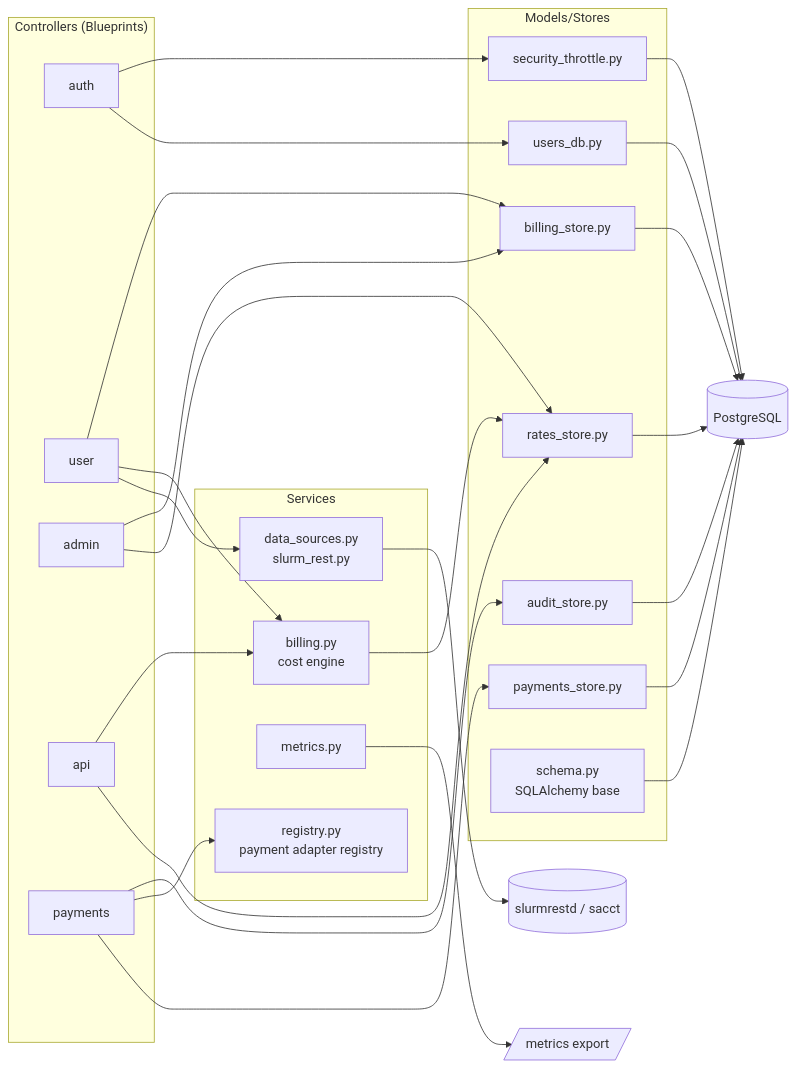
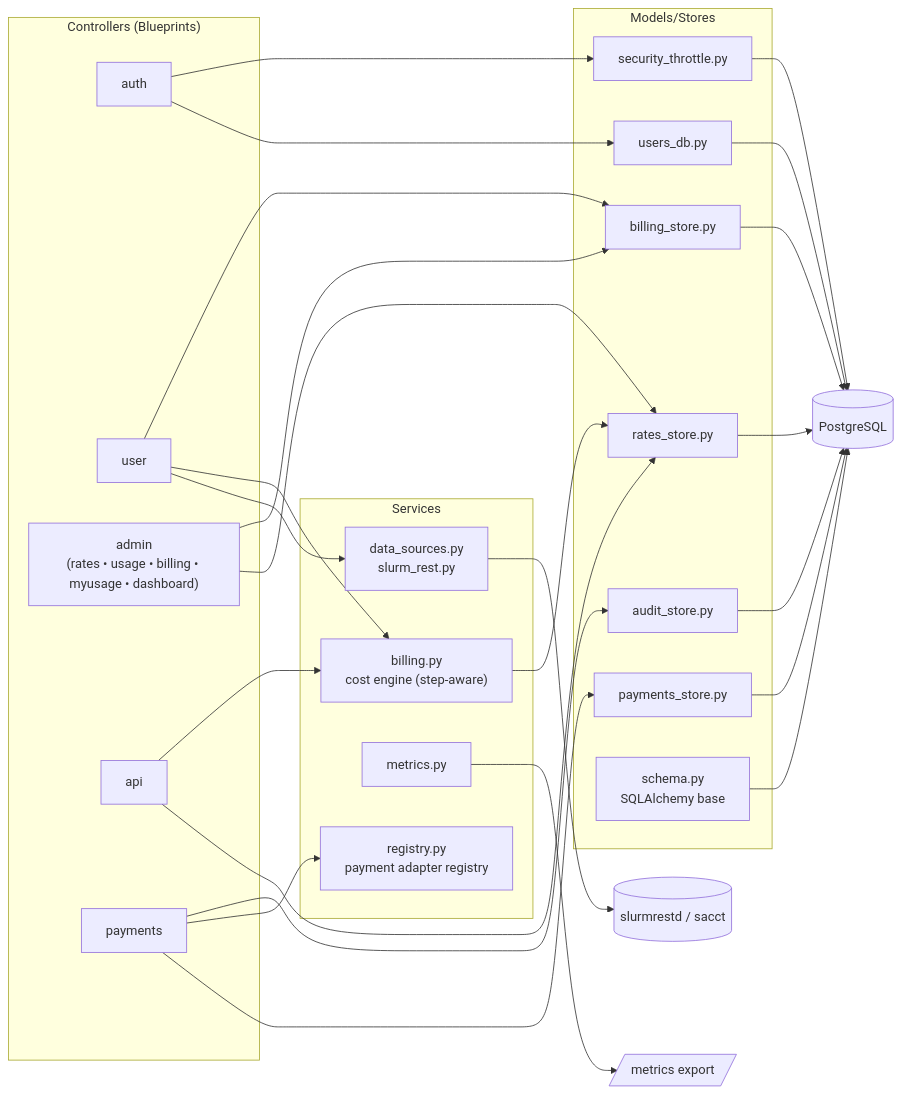
One commit to Purinat33/hpc_flask changed the third of 9 diagrams in docs/02-architecture.md. Above: the diagram before and after it, drawn with Mermaid. The commit also changed other lines of this file, not shown here.

````diff
--- a/docs/02-architecture.md
+++ b/docs/02-architecture.md
@@ -80,51 +80,51 @@
 ```mermaid
 graph LR
   subgraph Controllers["Controllers (Blueprints)"]
     AUTH[auth]
     USER[user]
-    ADMIN[admin]
+    ADMIN["admin<br/>(rates • usage • billing • myusage • dashboard)"]
     API[api]
     PAY[payments]
   end
 
   subgraph Services
-    BILL[billing.py<br/>cost engine]
+    BILL["billing.py<br/>cost engine (step-aware)"]
     DS[data_sources.py<br/>slurm_rest.py]
     MET[metrics.py]
     REG[registry.py<br/>payment adapter registry]
   end
 
   subgraph Models/Stores
     USERS[users_db.py]
     RATES[rates_store.py]
     BILLING[billing_store.py]
     PAYST[payments_store.py]
     AUD[audit_store.py]
     THROT[security_throttle.py]
     SCHEMA[schema.py<br/>SQLAlchemy base]
   end
 
   AUTH --> USERS
   AUTH --> THROT
   USER --> DS
   USER --> BILL
   USER --> BILLING
   ADMIN --> RATES
   ADMIN --> BILLING
   PAY --> PAYST
   PAY --> REG
   PAY --> AUD
   API --> RATES
   API --> BILL
 
   BILL --> RATES
   DS --> Slurm[(slurmrestd / sacct)]
   SCHEMA --> DB[(PostgreSQL)]
   AUD --> DB
   THROT --> DB
   RATES --> DB
   BILLING --> DB
   USERS --> DB
   PAYST --> DB
   MET --> App[/metrics export/]
 ```
````
